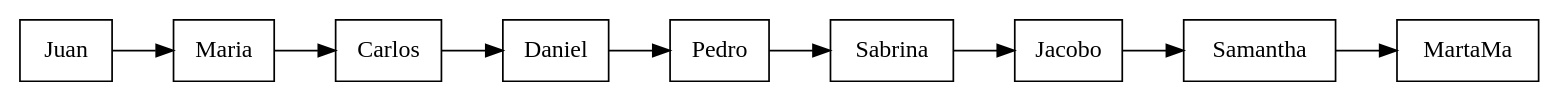
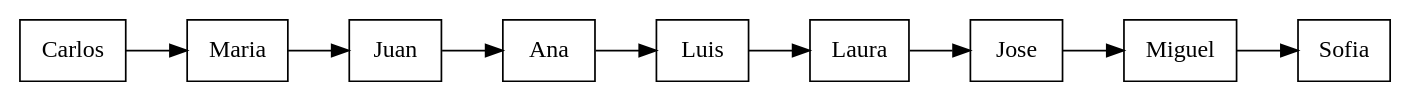
Before and after one commit to matiuuh/-EDD-Proyecto1_202203009: the diagram in output/usuarios.dot, drawn with Graphviz. The commit also changed 31 other files, not shown here.

```diff
--- a/output/usuarios.dot
+++ b/output/usuarios.dot
@@ -1,21 +1,21 @@
 digraph ListaUsuarios {
     rankdir=LR;
     node [shape=box];
-    usuario_juan_perez_example_com [label="Juan"];
+    usuario_carlos_gomez_example_com [label="Carlos"];
     usuario_maria_lopez_example_com [label="Maria"];
-    usuario_juan_perez_example_com -> usuario_maria_lopez_example_com;
-    usuario_carlos_rodriguez_example_com [label="Carlos"];
-    usuario_maria_lopez_example_com -> usuario_carlos_rodriguez_example_com;
-    usuario_daniel_garcia_example_com [label="Daniel"];
-    usuario_carlos_rodriguez_example_com -> usuario_daniel_garcia_example_com;
-    usuario_pedro_martinez_example_com [label="Pedro"];
-    usuario_daniel_garcia_example_com -> usuario_pedro_martinez_example_com;
-    usuario_sabrina_hernandez_example_com [label="Sabrina"];
-    usuario_pedro_martinez_example_com -> usuario_sabrina_hernandez_example_com;
-    usuario_jacobo_noriega_example_com [label="Jacobo"];
-    usuario_sabrina_hernandez_example_com -> usuario_jacobo_noriega_example_com;
-    usuario_samantha_cruz_example_com [label="Samantha"];
-    usuario_jacobo_noriega_example_com -> usuario_samantha_cruz_example_com;
-    usuario_mart_luna_example_com [label="MartaMa"];
-    usuario_samantha_cruz_example_com -> usuario_mart_luna_example_com;
+    usuario_carlos_gomez_example_com -> usuario_maria_lopez_example_com;
+    usuario_juan_martinez_example_com [label="Juan"];
+    usuario_maria_lopez_example_com -> usuario_juan_martinez_example_com;
+    usuario_ana_hernandez_example_com [label="Ana"];
+    usuario_juan_martinez_example_com -> usuario_ana_hernandez_example_com;
+    usuario_luis_perez_example_com [label="Luis"];
+    usuario_ana_hernandez_example_com -> usuario_luis_perez_example_com;
+    usuario_laura_ramirez_example_com [label="Laura"];
+    usuario_luis_perez_example_com -> usuario_laura_ramirez_example_com;
+    usuario_jose_garcia_example_com [label="Jose"];
+    usuario_laura_ramirez_example_com -> usuario_jose_garcia_example_com;
+    usuario_miguel_rodriguez_example_com [label="Miguel"];
+    usuario_jose_garcia_example_com -> usuario_miguel_rodriguez_example_com;
+    usuario_sofia_gonzalez_example_com [label="Sofia"];
+    usuario_miguel_rodriguez_example_com -> usuario_sofia_gonzalez_example_com;
 }
```
